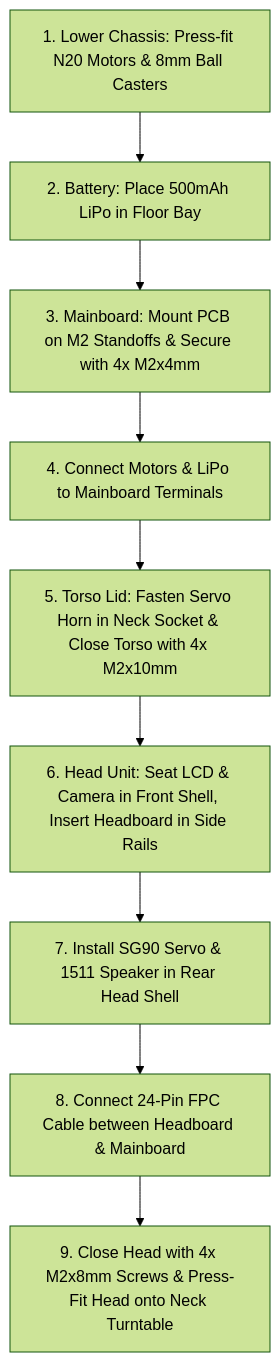
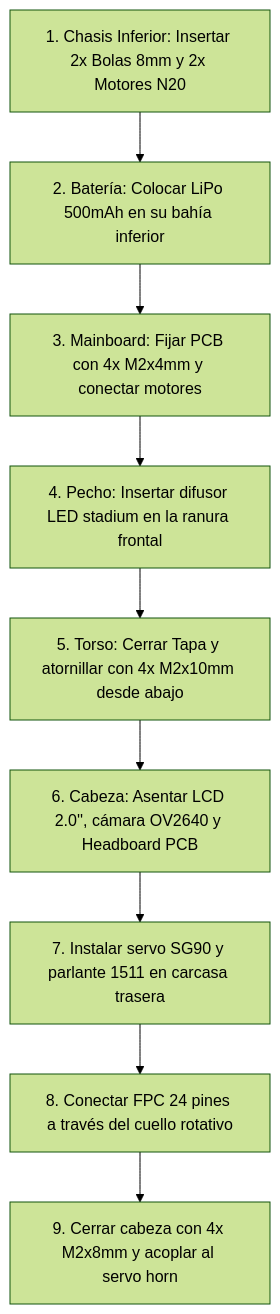
Before and after one commit to 8aChristian/FOCUSBOT: the diagram in README.md, drawn with Mermaid (forest theme). The commit also changed other lines of this file and 4 other files, not shown here.

Commit message:
Docs: Add front/side renders, comprehensive assembly & 3D print guide, flashing guide, and LLM credentials setup

````diff
--- a/README.md
+++ b/README.md
@@ -164,11 +94,11 @@
 ```mermaid
 flowchart TD
-    A["1. Lower Chassis: Press-fit N20 Motors & 8mm Ball Casters"] --> B["2. Battery: Place 500mAh LiPo in Floor Bay"]
-    B --> C["3. Mainboard: Mount PCB on M2 Standoffs & Secure with 4x M2x4mm"]
-    C --> D["4. Connect Motors & LiPo to Mainboard Terminals"]
-    D --> E["5. Torso Lid: Fasten Servo Horn in Neck Socket & Close Torso with 4x M2x10mm"]
-    E --> F["6. Head Unit: Seat LCD & Camera in Front Shell, Insert Headboard in Side Rails"]
-    F --> G["7. Install SG90 Servo & 1511 Speaker in Rear Head Shell"]
-    G --> H["8. Connect 24-Pin FPC Cable between Headboard & Mainboard"]
-    H --> I["9. Close Head with 4x M2x8mm Screws & Press-Fit Head onto Neck Turntable"]
+    A["1. Chasis Inferior: Insertar 2x Bolas 8mm y 2x Motores N20"] --> B["2. Batería: Colocar LiPo 500mAh en su bahía inferior"]
+    B --> C["3. Mainboard: Fijar PCB con 4x M2x4mm y conectar motores"]
+    C --> D["4. Pecho: Insertar difusor LED stadium en la ranura frontal"]
+    D --> E["5. Torso: Cerrar Tapa y atornillar con 4x M2x10mm desde abajo"]
+    E --> F["6. Cabeza: Asentar LCD 2.0'', cámara OV2640 y Headboard PCB"]
+    F --> G["7. Instalar servo SG90 y parlante 1511 en carcasa trasera"]
+    G --> H["8. Conectar FPC 24 pines a través del cuello rotativo"]
+    H --> I["9. Cerrar cabeza con 4x M2x8mm y acoplar al servo horn"]
 ```
````
